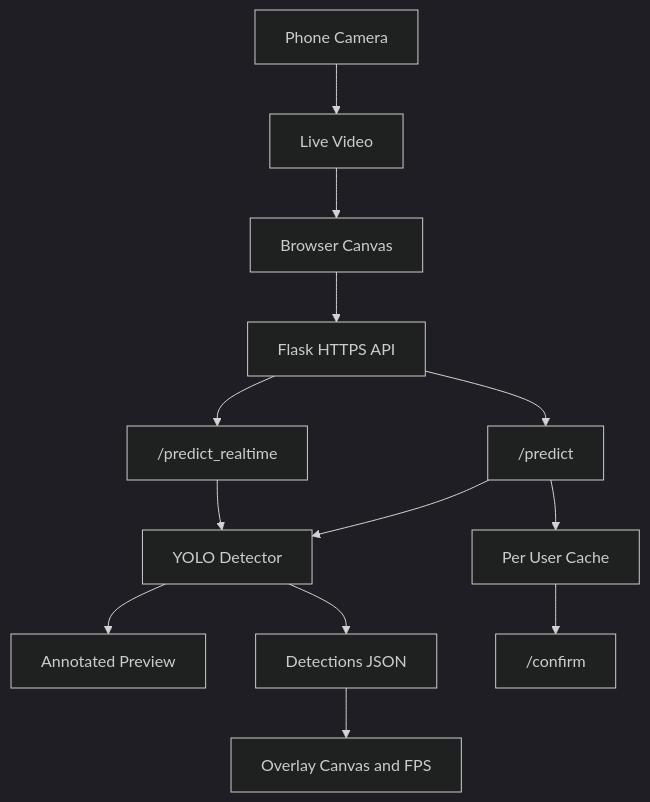
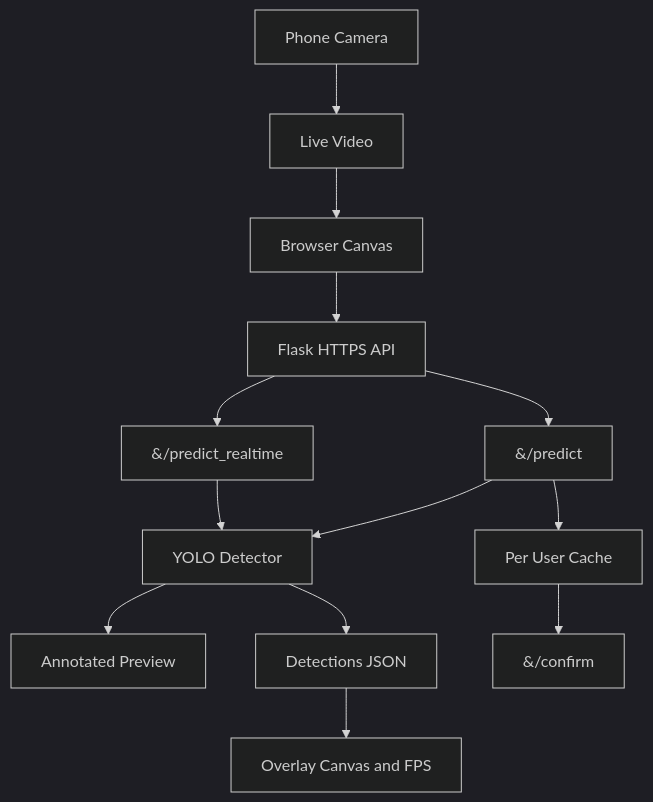
Before and after one commit to diiiiiiio/realtime-mask-detection: the diagram in README.md, drawn with Mermaid (dark theme).

````diff
--- a/README.md
+++ b/README.md
@@ -41,20 +41,20 @@
 ```mermaid
-flowchart TD
-    Camera["Phone Camera"] --> Video["Live Video"]
-    Video --> Canvas["Browser Canvas"]
-    Canvas --> API["Flask HTTPS API"]
+flowchart TB
+    A["Phone Camera"] --> B["Live Video"]
+    B --> C["Browser Canvas"]
+    C --> D["Flask HTTPS API"]
 
-    API --> Predict["/predict"]
-    API --> Realtime["/predict_realtime"]
+    D --> E["&#47;predict"]
+    D --> F["&#47;predict_realtime"]
 
-    Predict --> YOLO["YOLO Detector"]
-    Realtime --> YOLO
+    E --> G["YOLO Detector"]
+    F --> G
 
-    YOLO --> Preview["Annotated Preview"]
-    YOLO --> Detections["Detections JSON"]
+    G --> H["Annotated Preview"]
+    G --> I["Detections JSON"]
 
-    Predict --> Cache["Per User Cache"]
-    Cache --> Confirm["/confirm"]
+    E --> J["Per User Cache"]
+    J --> K["&#47;confirm"]
 
-    Detections --> Overlay["Overlay Canvas and FPS"]
+    I --> L["Overlay Canvas and FPS"]
 ```
````
